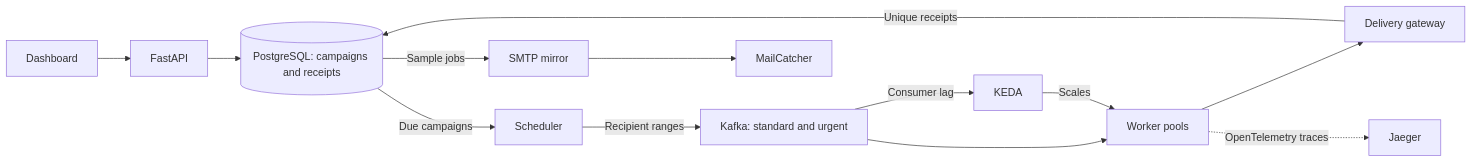
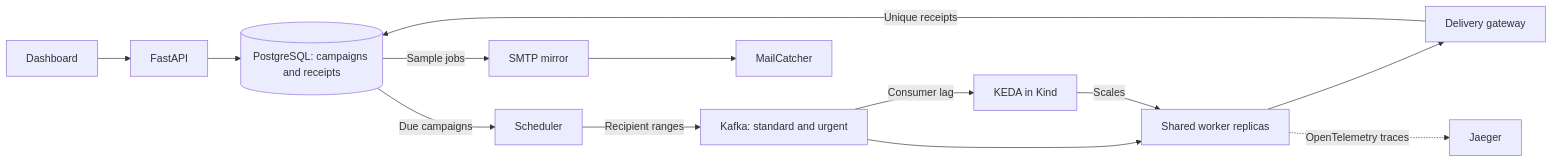
Before and after one commit to RaSah673/EmailFlow: the second of 3 diagrams in README.md, drawn with Mermaid. The commit also changed other lines of this file and 25 other files, not shown here.

````diff
--- a/README.md
+++ b/README.md
@@ -76,15 +78,15 @@
 ```mermaid
 flowchart LR
     UI["Dashboard"] --> API["FastAPI"]
     API --> PG[("PostgreSQL: campaigns and receipts")]
     PG -->|"Due campaigns"| S["Scheduler"]
     S -->|"Recipient ranges"| Q["Kafka: standard and urgent"]
-    Q --> W["Worker pools"]
-    Q -->|"Consumer lag"| K["KEDA"]
+    Q --> W["Shared worker replicas"]
+    Q -->|"Consumer lag"| K["KEDA in Kind"]
     K -->|"Scales"| W
     W --> G["Delivery gateway"]
     G -->|"Unique receipts"| PG
     PG -->|"Sample jobs"| M["SMTP mirror"]
     M --> MC["MailCatcher"]
     W -.->|"OpenTelemetry traces"| J["Jaeger"]
 ```
````
